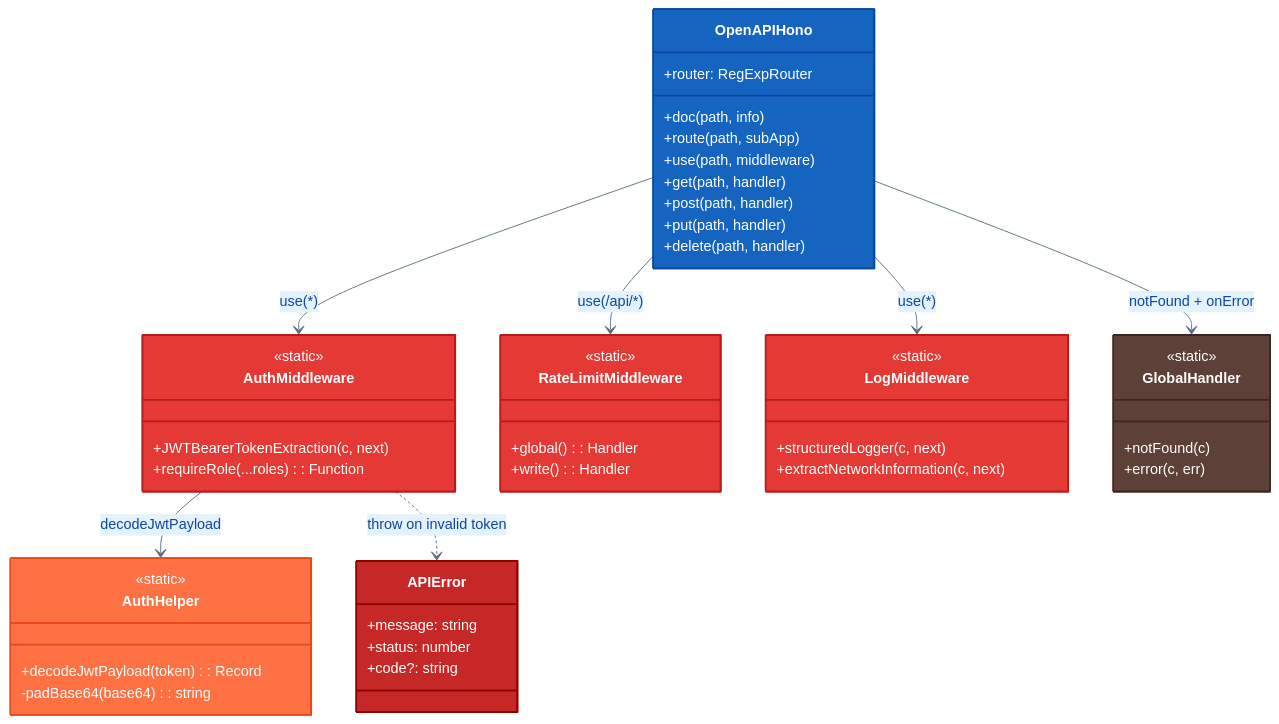
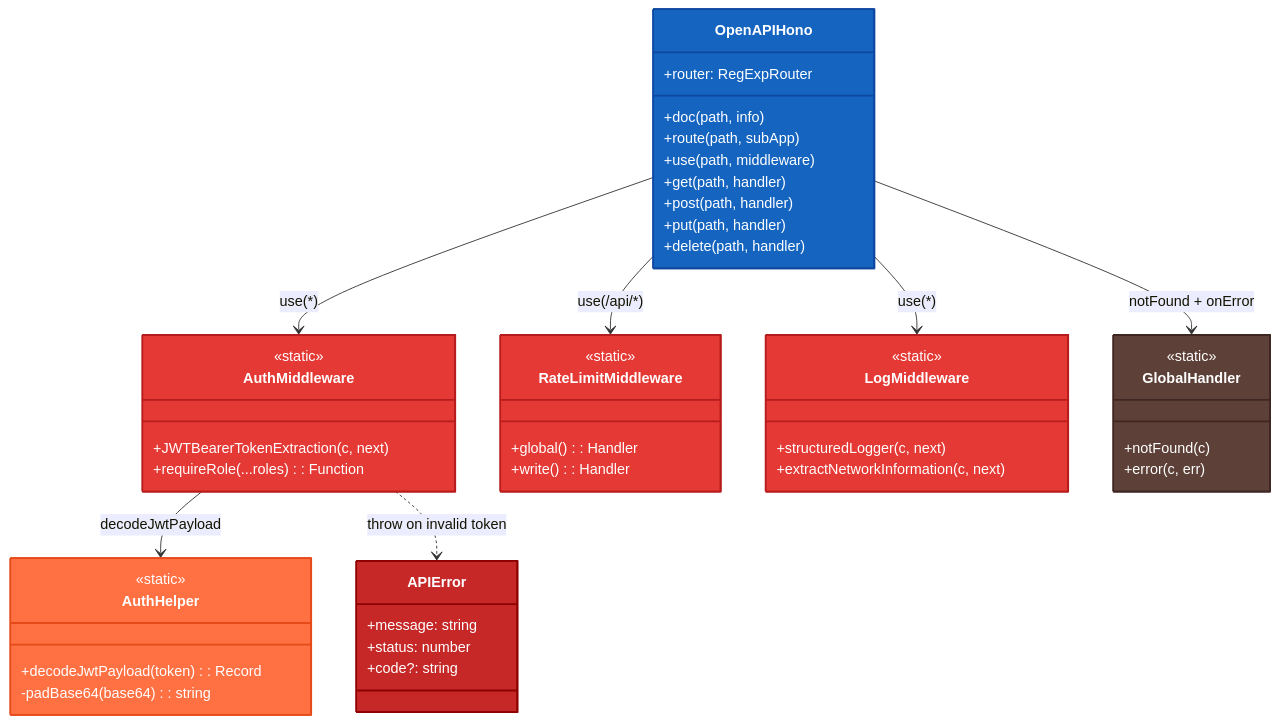
One commit to luna-gindra/c4-architecture-hono-api-seminar changed the third of 12 diagrams in architecture-c4-level4.md. Above: the diagram before and after it, drawn with Mermaid. The commit also changed other lines of this file and 1 other file, not shown here.

First line of the commit message:
🎨 Fix: Switch all diagrams to default (white) theme for GitHub readability

````diff
--- a/architecture-c4-level4.md
+++ b/architecture-c4-level4.md
@@ -171,70 +161,65 @@
 ```mermaid
-%%{init: {"theme": "base", "themeVariables": {
-    "primaryColor": "#E3F2FD",
-    "primaryTextColor": "#0D47A1",
-    "lineColor": "#546E7A",
-    "fontSize": 13
-}}}%%
+%%{init: {"theme": "default"}}%%
 classDiagram
     class OpenAPIHono {
         +router: RegExpRouter
         +doc(path, info)
         +route(path, subApp)
         +use(path, middleware)
         +get(path, handler)
         +post(path, handler)
         +put(path, handler)
         +delete(path, handler)
     }
 
     class AuthMiddleware {
         <<static>>
         +JWTBearerTokenExtraction(c, next)
         +requireRole(...roles): Function
     }
 
     class RateLimitMiddleware {
         <<static>>
         +global(): Handler
         +write(): Handler
     }
 
     class LogMiddleware {
         <<static>>
         +structuredLogger(c, next)
         +extractNetworkInformation(c, next)
     }
 
     class AuthHelper {
         <<static>>
         +decodeJwtPayload(token): Record
         -padBase64(base64): string
     }
 
     class APIError {
         +message: string
         +status: number
         +code?: string
     }
 
     class GlobalHandler {
         <<static>>
         +notFound(c)
         +error(c, err)
     }
 
     OpenAPIHono --> AuthMiddleware : use(*)
     OpenAPIHono --> RateLimitMiddleware : use(/api/*)
     OpenAPIHono --> LogMiddleware : use(*)
     OpenAPIHono --> GlobalHandler : notFound + onError
     AuthMiddleware --> AuthHelper : decodeJwtPayload
     AuthMiddleware ..> APIError : throw on invalid token
 
     style OpenAPIHono fill:#1565C0,color:#fff,stroke:#0D47A1,stroke-width:2px
     style AuthMiddleware fill:#E53935,color:#fff,stroke:#B71C1C,stroke-width:2px
     style RateLimitMiddleware fill:#E53935,color:#fff,stroke:#B71C1C,stroke-width:2px
     style LogMiddleware fill:#E53935,color:#fff,stroke:#B71C1C,stroke-width:2px
     style AuthHelper fill:#FF7043,color:#fff,stroke:#E64A19,stroke-width:2px
     style APIError fill:#C62828,color:#fff,stroke:#8E0000,stroke-width:2px
     style GlobalHandler fill:#5D4037,color:#fff,stroke:#3E2723,stroke-width:2px
 ```
````
